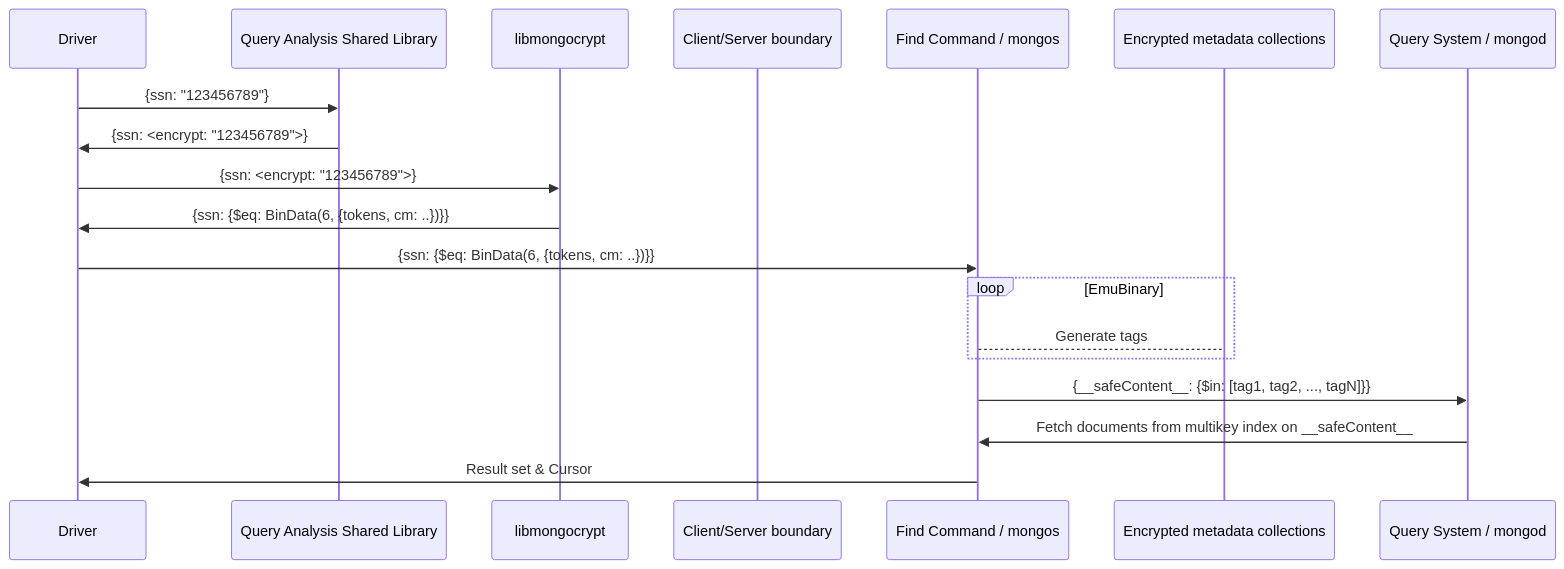
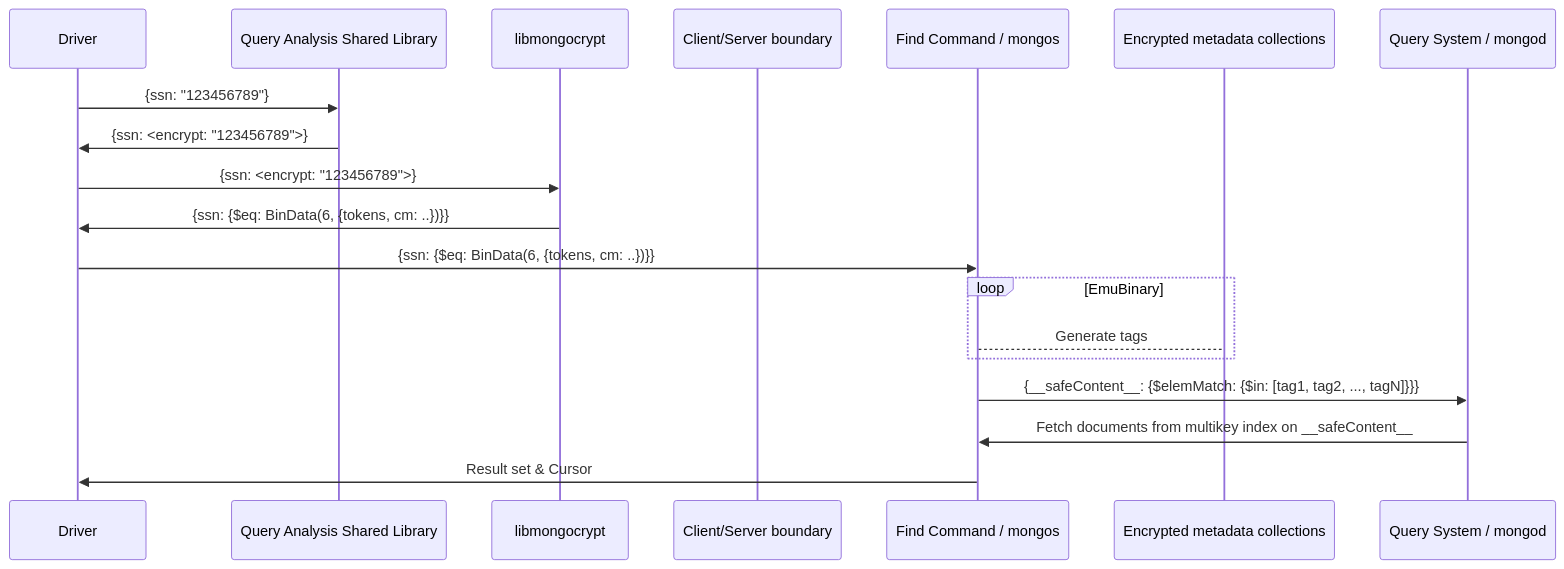
Before and after one commit to pmeredit/mongo: the diagram in src/mongo/db/modules/enterprise/docs/fle/query_architecture.md, drawn with Mermaid. The commit also changed 1 other file, not shown here.

Commit message:
SERVER-70134 fix fle2 upsert with single tag

````diff
--- a/src/mongo/db/modules/enterprise/docs/fle/query_architecture.md
+++ b/src/mongo/db/modules/enterprise/docs/fle/query_architecture.md
@@ -18,21 +18,21 @@
 ```mermaid
 sequenceDiagram
 		participant D as Driver
 	participant Q as Query Analysis Shared Library
 	participant libmongocrypt
     participant Client/Server boundary
 	participant F as Find Command / mongos
 	participant EMM as Encrypted metadata collections
 	participant coll as Query System / mongod
 	D->>Q: {ssn: "123456789"}
 	Q->>D: {ssn: <encrypt: "123456789">}
 	D->>libmongocrypt: {ssn: <encrypt: "123456789">}
 	libmongocrypt->>D: {ssn: {$eq: BinData(6, {tokens, cm: ..})}}
 	D->>F: {ssn: {$eq: BinData(6, {tokens, cm: ..})}}
     loop EmuBinary
 		F-->EMM: Generate tags
     end
-	F->>coll: {__safeContent__: {$in: [tag1, tag2, ..., tagN]}}
+	F->>coll: {__safeContent__: {$elemMatch: {$in: [tag1, tag2, ..., tagN]}}}
     coll->>F: Fetch documents from multikey index on __safeContent__
     F->>D: Result set & Cursor
 ```
````
